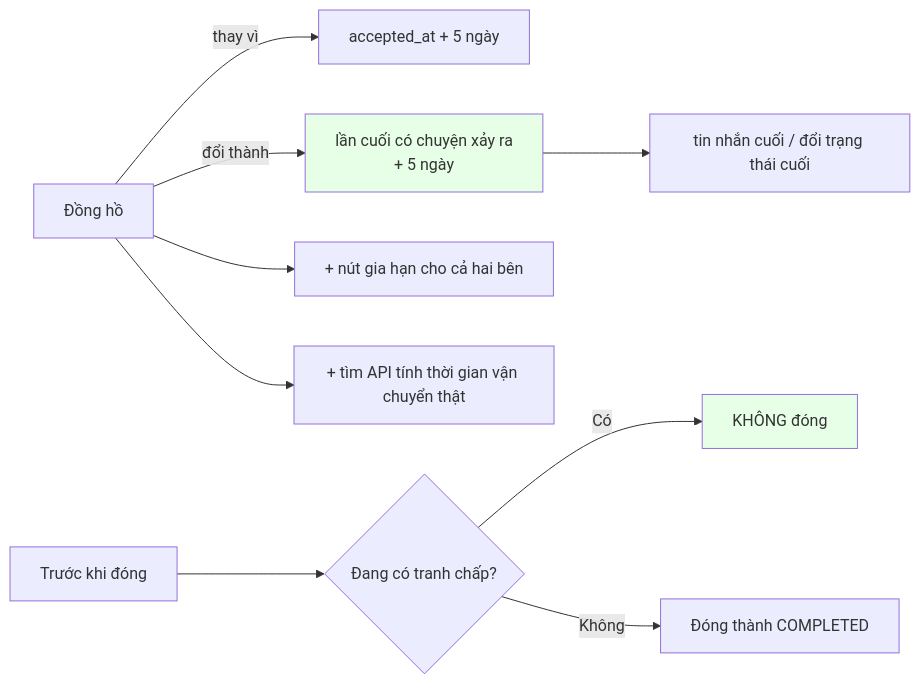
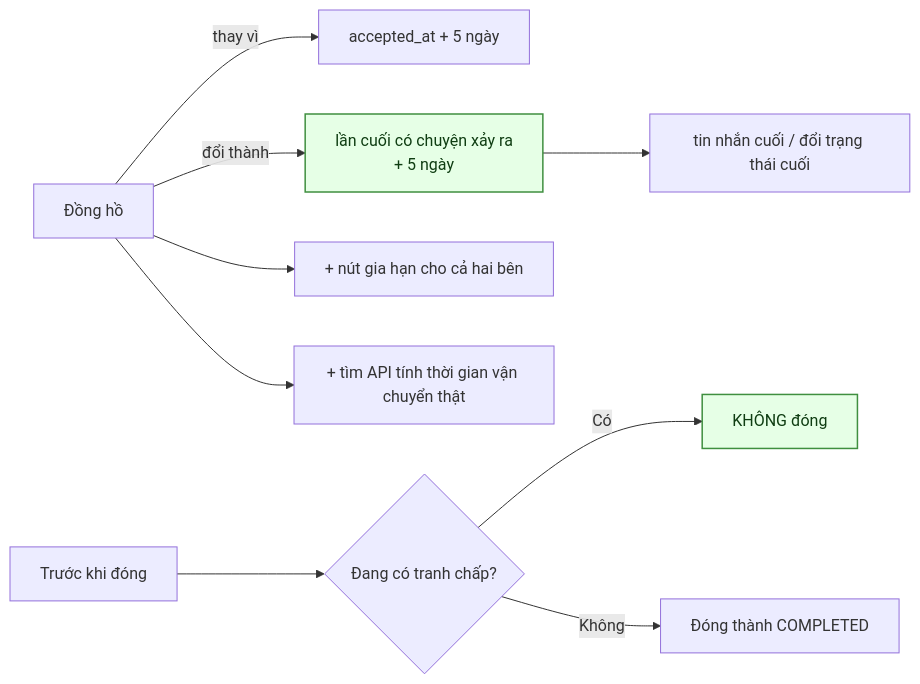
Before and after one commit to fdshn/trueheart: the fourth of 6 diagrams in docs/diagram/08-transaction.md, drawn with Mermaid. The commit also changed other lines of this file and 30 other files, not shown here.

First line of the commit message:
docs(diagram): chữ trong khối tô màu đọc được ở cả giao diện sáng và tối

````diff
--- a/docs/diagram/08-transaction.md
+++ b/docs/diagram/08-transaction.md
@@ -105,14 +105,14 @@
 ```mermaid
 flowchart LR
     A[Đồng hồ] -->|thay vì| B["accepted_at + 5 ngày"]
     A -->|đổi thành| C["lần cuối có chuyện xảy ra<br/>+ 5 ngày"]
     C --> D["tin nhắn cuối / đổi trạng thái cuối"]
     A --> E["+ nút gia hạn cho cả hai bên"]
     A --> F["+ tìm API tính thời gian vận chuyển thật"]
     G[Trước khi đóng] --> H{Đang có tranh chấp?}
     H -->|Có| I[KHÔNG đóng]
     H -->|Không| J[Đóng thành COMPLETED]
 
-    style C fill:#e6ffe6
-    style I fill:#e6ffe6
+    style C fill:#e6ffe6,stroke:#3f8f3f,stroke-width:1.5px,color:#0f3d12
+    style I fill:#e6ffe6,stroke:#3f8f3f,stroke-width:1.5px,color:#0f3d12
 ```
````
